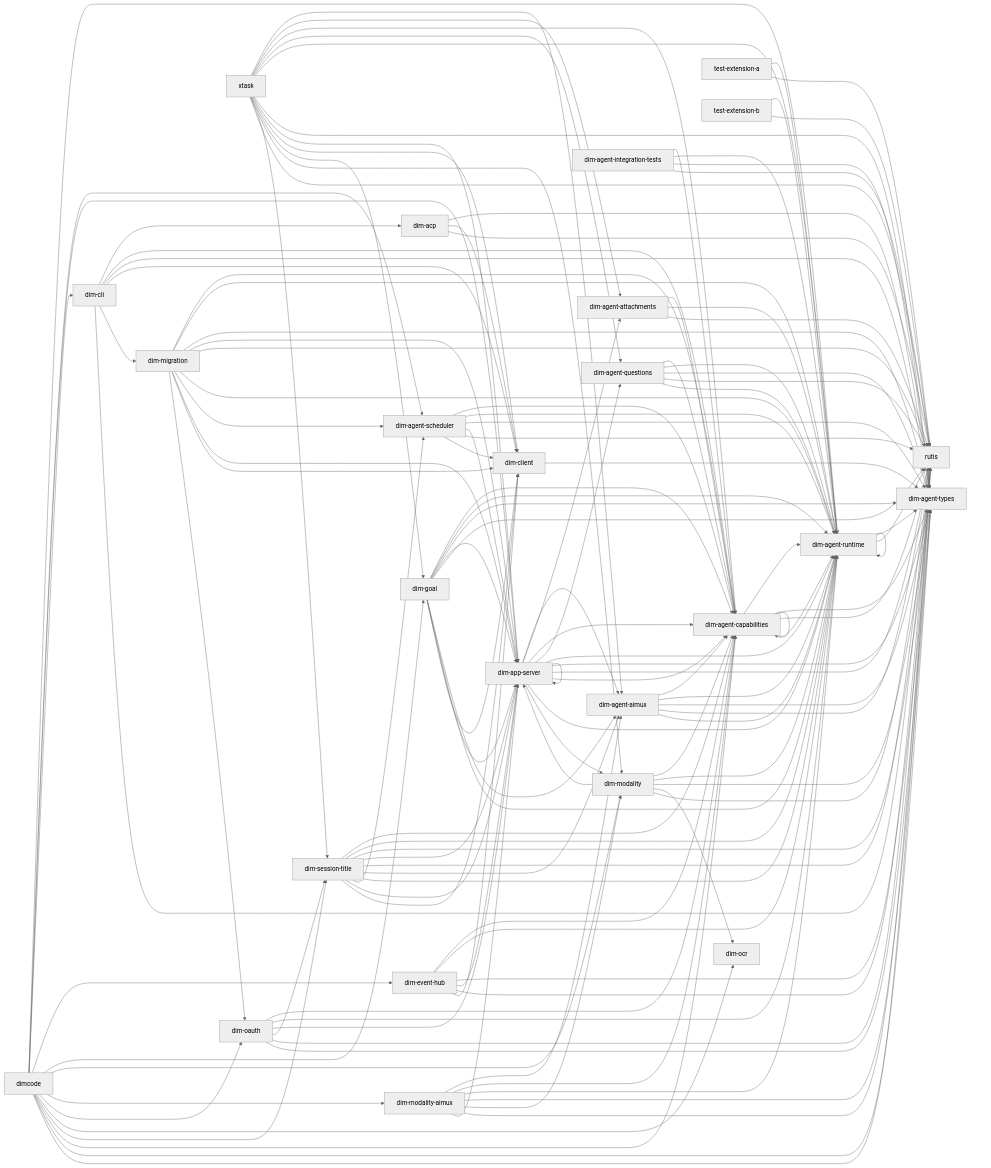
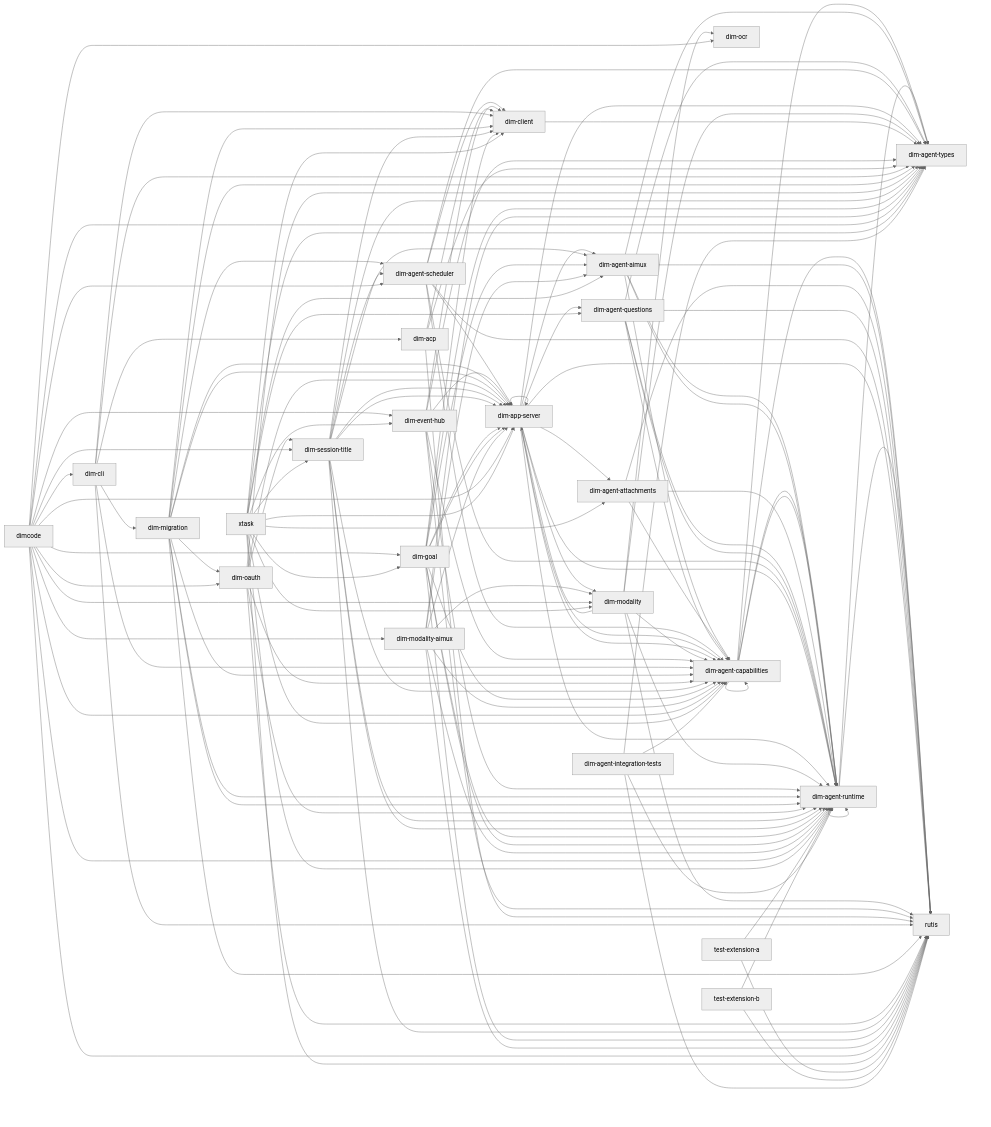
One commit to CoutinhoTTS/dim-agent changed the diagram in docs/architecture/rust-agent/generated/crates.mmd. Above: the diagram before and after it, drawn with Mermaid (neutral theme). The commit also changed 9 other files, not shown here.

```diff
--- a/docs/architecture/rust-agent/generated/crates.mmd
+++ b/docs/architecture/rust-agent/generated/crates.mmd
@@ -1,138 +1,139 @@
 %% Generated from cargo metadata; do not edit.
 flowchart LR
   dim_agent_runtime["dim-agent-runtime"] --> dim_agent_types["dim-agent-types"]
   dim_agent_runtime["dim-agent-runtime"] --> rutis["rutis"]
   dim_agent_runtime["dim-agent-runtime"] --> dim_agent_runtime["dim-agent-runtime"]
   dim_agent_capabilities["dim-agent-capabilities"] --> dim_agent_runtime["dim-agent-runtime"]
   dim_agent_capabilities["dim-agent-capabilities"] --> dim_agent_types["dim-agent-types"]
   dim_agent_capabilities["dim-agent-capabilities"] --> rutis["rutis"]
   dim_agent_capabilities["dim-agent-capabilities"] --> dim_agent_capabilities["dim-agent-capabilities"]
   dim_agent_capabilities["dim-agent-capabilities"] --> dim_agent_runtime["dim-agent-runtime"]
   dim_agent_aimux["dim-agent-aimux"] --> dim_agent_capabilities["dim-agent-capabilities"]
   dim_agent_aimux["dim-agent-aimux"] --> dim_agent_runtime["dim-agent-runtime"]
   dim_agent_aimux["dim-agent-aimux"] --> dim_agent_types["dim-agent-types"]
   dim_agent_aimux["dim-agent-aimux"] --> rutis["rutis"]
   dim_agent_aimux["dim-agent-aimux"] --> dim_agent_runtime["dim-agent-runtime"]
   dim_agent_attachments["dim-agent-attachments"] --> dim_agent_capabilities["dim-agent-capabilities"]
   dim_agent_attachments["dim-agent-attachments"] --> dim_agent_runtime["dim-agent-runtime"]
   dim_agent_attachments["dim-agent-attachments"] --> rutis["rutis"]
   dim_agent_questions["dim-agent-questions"] --> dim_agent_capabilities["dim-agent-capabilities"]
   dim_agent_questions["dim-agent-questions"] --> dim_agent_runtime["dim-agent-runtime"]
   dim_agent_questions["dim-agent-questions"] --> dim_agent_types["dim-agent-types"]
   dim_agent_questions["dim-agent-questions"] --> rutis["rutis"]
   dim_agent_questions["dim-agent-questions"] --> dim_agent_runtime["dim-agent-runtime"]
   dim_agent_scheduler["dim-agent-scheduler"] --> dim_agent_capabilities["dim-agent-capabilities"]
   dim_agent_scheduler["dim-agent-scheduler"] --> dim_agent_runtime["dim-agent-runtime"]
   dim_agent_scheduler["dim-agent-scheduler"] --> dim_agent_types["dim-agent-types"]
   dim_agent_scheduler["dim-agent-scheduler"] --> dim_app_server["dim-app-server"]
   dim_agent_scheduler["dim-agent-scheduler"] --> rutis["rutis"]
   dim_agent_scheduler["dim-agent-scheduler"] --> dim_client["dim-client"]
   dim_app_server["dim-app-server"] --> dim_agent_aimux["dim-agent-aimux"]
   dim_app_server["dim-app-server"] --> dim_agent_attachments["dim-agent-attachments"]
   dim_app_server["dim-app-server"] --> dim_agent_capabilities["dim-agent-capabilities"]
   dim_app_server["dim-app-server"] --> dim_agent_questions["dim-agent-questions"]
   dim_app_server["dim-app-server"] --> dim_agent_runtime["dim-agent-runtime"]
   dim_app_server["dim-app-server"] --> dim_agent_types["dim-agent-types"]
   dim_app_server["dim-app-server"] --> rutis["rutis"]
   dim_app_server["dim-app-server"] --> dim_agent_capabilities["dim-agent-capabilities"]
   dim_app_server["dim-app-server"] --> dim_agent_runtime["dim-agent-runtime"]
   dim_app_server["dim-app-server"] --> dim_app_server["dim-app-server"]
   dim_app_server["dim-app-server"] --> dim_modality["dim-modality"]
   dim_modality["dim-modality"] --> dim_agent_capabilities["dim-agent-capabilities"]
   dim_modality["dim-modality"] --> dim_agent_runtime["dim-agent-runtime"]
   dim_modality["dim-modality"] --> dim_agent_types["dim-agent-types"]
   dim_modality["dim-modality"] --> dim_app_server["dim-app-server"]
   dim_modality["dim-modality"] --> dim_ocr["dim-ocr"]
   dim_modality["dim-modality"] --> rutis["rutis"]
   dim_client["dim-client"] --> dim_agent_types["dim-agent-types"]
   dim_event_hub["dim-event-hub"] --> dim_agent_capabilities["dim-agent-capabilities"]
   dim_event_hub["dim-event-hub"] --> dim_agent_runtime["dim-agent-runtime"]
   dim_event_hub["dim-event-hub"] --> dim_agent_types["dim-agent-types"]
   dim_event_hub["dim-event-hub"] --> dim_app_server["dim-app-server"]
   dim_event_hub["dim-event-hub"] --> rutis["rutis"]
   dim_event_hub["dim-event-hub"] --> dim_client["dim-client"]
   dim_acp["dim-acp"] --> dim_agent_types["dim-agent-types"]
   dim_acp["dim-acp"] --> dim_client["dim-client"]
   dim_acp["dim-acp"] --> rutis["rutis"]
   dim_cli["dim-cli"] --> dim_acp["dim-acp"]
   dim_cli["dim-cli"] --> dim_agent_capabilities["dim-agent-capabilities"]
   dim_cli["dim-cli"] --> dim_agent_types["dim-agent-types"]
   dim_cli["dim-cli"] --> dim_client["dim-client"]
   dim_cli["dim-cli"] --> dim_migration["dim-migration"]
   dim_cli["dim-cli"] --> rutis["rutis"]
   dim_migration["dim-migration"] --> dim_agent_capabilities["dim-agent-capabilities"]
   dim_migration["dim-migration"] --> dim_agent_runtime["dim-agent-runtime"]
   dim_migration["dim-migration"] --> dim_agent_types["dim-agent-types"]
   dim_migration["dim-migration"] --> dim_app_server["dim-app-server"]
   dim_migration["dim-migration"] --> rutis["rutis"]
   dim_migration["dim-migration"] --> dim_agent_runtime["dim-agent-runtime"]
   dim_migration["dim-migration"] --> dim_agent_scheduler["dim-agent-scheduler"]
   dim_migration["dim-migration"] --> dim_app_server["dim-app-server"]
   dim_migration["dim-migration"] --> dim_client["dim-client"]
   dim_migration["dim-migration"] --> dim_oauth["dim-oauth"]
   dim_oauth["dim-oauth"] --> dim_agent_capabilities["dim-agent-capabilities"]
   dim_oauth["dim-oauth"] --> dim_agent_runtime["dim-agent-runtime"]
   dim_oauth["dim-oauth"] --> dim_app_server["dim-app-server"]
   dim_oauth["dim-oauth"] --> dim_session_title["dim-session-title"]
   dim_oauth["dim-oauth"] --> rutis["rutis"]
   dim_oauth["dim-oauth"] --> dim_agent_types["dim-agent-types"]
   dim_session_title["dim-session-title"] --> dim_agent_capabilities["dim-agent-capabilities"]
   dim_session_title["dim-session-title"] --> dim_agent_runtime["dim-agent-runtime"]
   dim_session_title["dim-session-title"] --> dim_agent_types["dim-agent-types"]
   dim_session_title["dim-session-title"] --> dim_app_server["dim-app-server"]
   dim_session_title["dim-session-title"] --> rutis["rutis"]
   dim_session_title["dim-session-title"] --> dim_agent_aimux["dim-agent-aimux"]
   dim_session_title["dim-session-title"] --> dim_agent_runtime["dim-agent-runtime"]
   dim_session_title["dim-session-title"] --> dim_agent_scheduler["dim-agent-scheduler"]
   dim_session_title["dim-session-title"] --> dim_app_server["dim-app-server"]
   dim_session_title["dim-session-title"] --> dim_client["dim-client"]
   dim_goal["dim-goal"] --> dim_agent_capabilities["dim-agent-capabilities"]
   dim_goal["dim-goal"] --> dim_agent_runtime["dim-agent-runtime"]
   dim_goal["dim-goal"] --> dim_agent_types["dim-agent-types"]
   dim_goal["dim-goal"] --> dim_app_server["dim-app-server"]
   dim_goal["dim-goal"] --> rutis["rutis"]
   dim_goal["dim-goal"] --> dim_agent_aimux["dim-agent-aimux"]
   dim_goal["dim-goal"] --> dim_agent_runtime["dim-agent-runtime"]
   dim_goal["dim-goal"] --> dim_app_server["dim-app-server"]
   dim_goal["dim-goal"] --> dim_client["dim-client"]
   dim_modality_aimux["dim-modality-aimux"] --> dim_agent_aimux["dim-agent-aimux"]
   dim_modality_aimux["dim-modality-aimux"] --> dim_agent_capabilities["dim-agent-capabilities"]
   dim_modality_aimux["dim-modality-aimux"] --> dim_agent_runtime["dim-agent-runtime"]
   dim_modality_aimux["dim-modality-aimux"] --> dim_agent_types["dim-agent-types"]
   dim_modality_aimux["dim-modality-aimux"] --> dim_modality["dim-modality"]
   dim_modality_aimux["dim-modality-aimux"] --> rutis["rutis"]
   dim_modality_aimux["dim-modality-aimux"] --> dim_app_server["dim-app-server"]
   dimcode["dimcode"] --> dim_agent_runtime["dim-agent-runtime"]
   dimcode["dimcode"] --> dim_agent_scheduler["dim-agent-scheduler"]
   dimcode["dimcode"] --> dim_app_server["dim-app-server"]
   dimcode["dimcode"] --> dim_cli["dim-cli"]
   dimcode["dimcode"] --> dim_event_hub["dim-event-hub"]
   dimcode["dimcode"] --> dim_goal["dim-goal"]
   dimcode["dimcode"] --> dim_modality["dim-modality"]
   dimcode["dimcode"] --> dim_modality_aimux["dim-modality-aimux"]
   dimcode["dimcode"] --> dim_oauth["dim-oauth"]
   dimcode["dimcode"] --> dim_ocr["dim-ocr"]
   dimcode["dimcode"] --> dim_session_title["dim-session-title"]
   dimcode["dimcode"] --> dim_agent_capabilities["dim-agent-capabilities"]
   dimcode["dimcode"] --> dim_agent_types["dim-agent-types"]
   dimcode["dimcode"] --> rutis["rutis"]
   xtask["xtask"] --> dim_agent_aimux["dim-agent-aimux"]
   xtask["xtask"] --> dim_agent_attachments["dim-agent-attachments"]
   xtask["xtask"] --> dim_agent_capabilities["dim-agent-capabilities"]
   xtask["xtask"] --> dim_agent_questions["dim-agent-questions"]
   xtask["xtask"] --> dim_agent_runtime["dim-agent-runtime"]
   xtask["xtask"] --> dim_agent_types["dim-agent-types"]
   xtask["xtask"] --> dim_app_server["dim-app-server"]
   xtask["xtask"] --> dim_client["dim-client"]
+  xtask["xtask"] --> dim_event_hub["dim-event-hub"]
   xtask["xtask"] --> dim_goal["dim-goal"]
   xtask["xtask"] --> dim_modality["dim-modality"]
   xtask["xtask"] --> dim_session_title["dim-session-title"]
   xtask["xtask"] --> rutis["rutis"]
   test_extension_a["test-extension-a"] --> dim_agent_runtime["dim-agent-runtime"]
   test_extension_a["test-extension-a"] --> rutis["rutis"]
   test_extension_b["test-extension-b"] --> dim_agent_runtime["dim-agent-runtime"]
   test_extension_b["test-extension-b"] --> rutis["rutis"]
   dim_agent_integration_tests["dim-agent-integration-tests"] --> dim_agent_capabilities["dim-agent-capabilities"]
   dim_agent_integration_tests["dim-agent-integration-tests"] --> dim_agent_runtime["dim-agent-runtime"]
   dim_agent_integration_tests["dim-agent-integration-tests"] --> dim_agent_types["dim-agent-types"]
   dim_agent_integration_tests["dim-agent-integration-tests"] --> rutis["rutis"]
```
